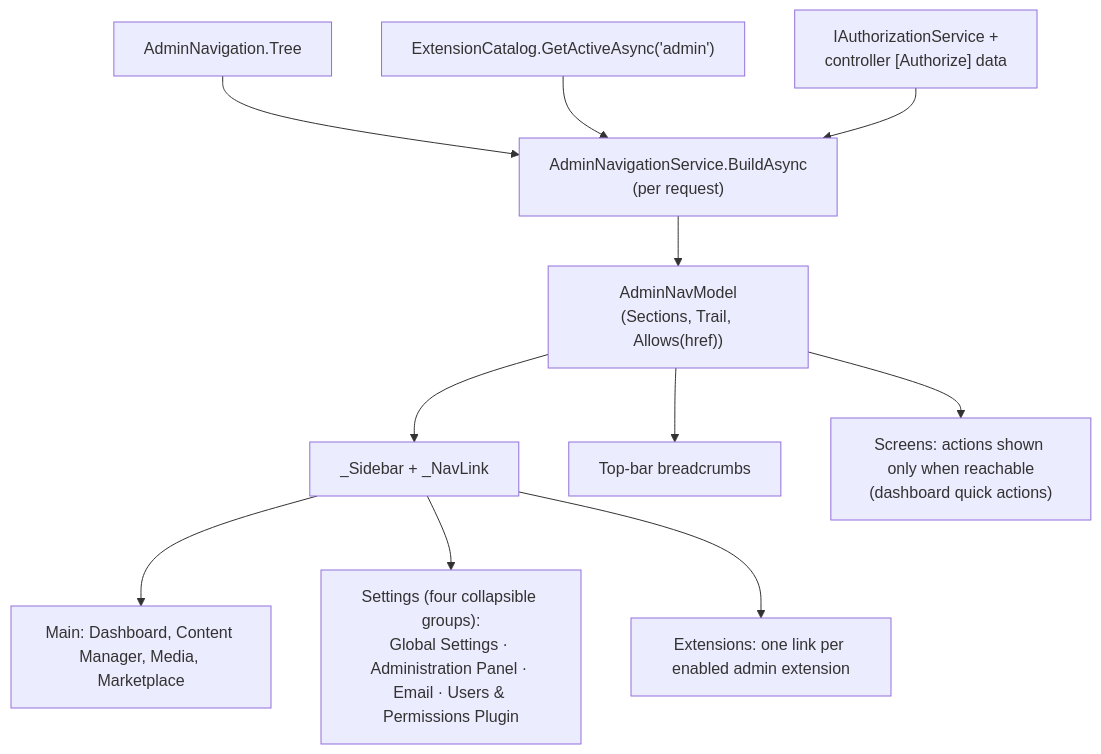
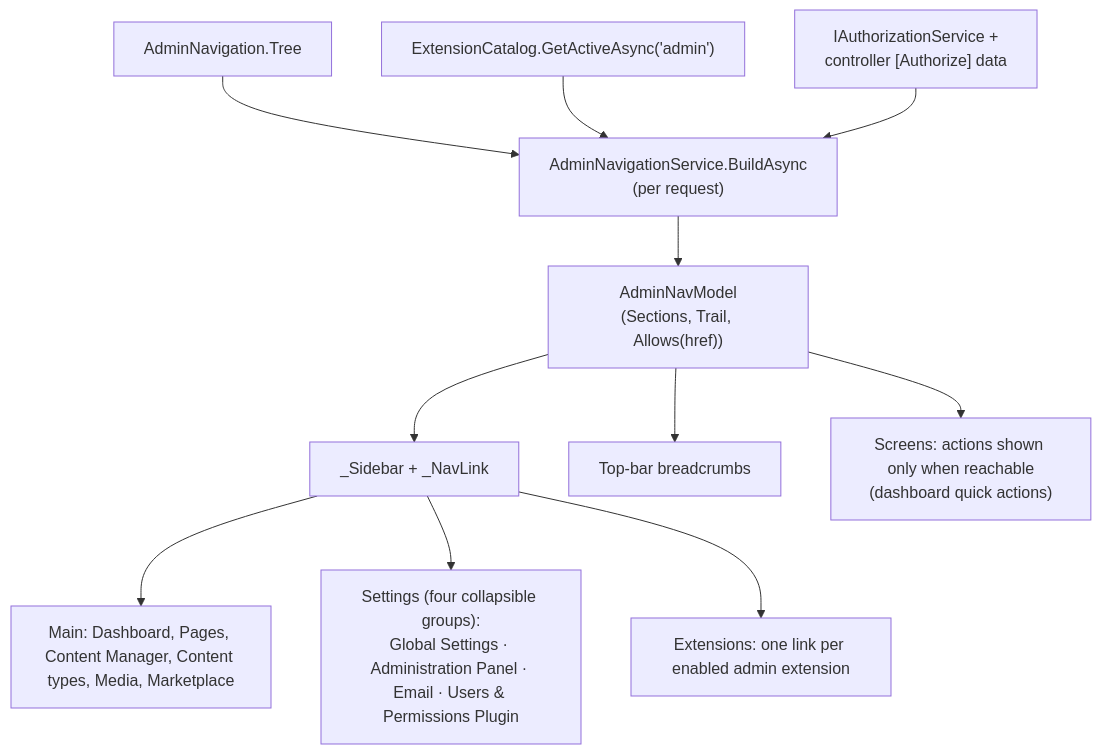
Before and after one commit to Albadit/DotNetForge: the second of 3 diagrams in .docs/architecture/pages.md, drawn with Mermaid. The commit also changed other lines of this file and 306 other files, not shown here.

Commit message:
add: content manager, content types and api endpoints

````diff
--- a/.docs/architecture/pages.md
+++ b/.docs/architecture/pages.md
@@ -131,13 +143,13 @@
 ```mermaid
 flowchart TB
     Tree["AdminNavigation.Tree"] --> Svc["AdminNavigationService.BuildAsync<br/>(per request)"]
     Cat["ExtensionCatalog.GetActiveAsync('admin')"] --> Svc
     Auth["IAuthorizationService +<br/>controller [Authorize] data"] --> Svc
     Svc --> Model["AdminNavModel<br/>(Sections, Trail, Allows(href))"]
     Model --> Sidebar["_Sidebar + _NavLink"]
     Model --> Crumbs["Top-bar breadcrumbs"]
     Model --> Screens["Screens: actions shown only when reachable<br/>(dashboard quick actions)"]
-    Sidebar --> Main["Main: Dashboard, Content Manager, Media, Marketplace"]
+    Sidebar --> Main["Main: Dashboard, Pages, Content Manager, Content types, Media, Marketplace"]
     Sidebar --> Settings["Settings (four collapsible groups):<br/>Global Settings · Administration Panel · Email · Users & Permissions Plugin"]
     Sidebar --> Ext["Extensions: one link per enabled admin extension"]
 ```
````
